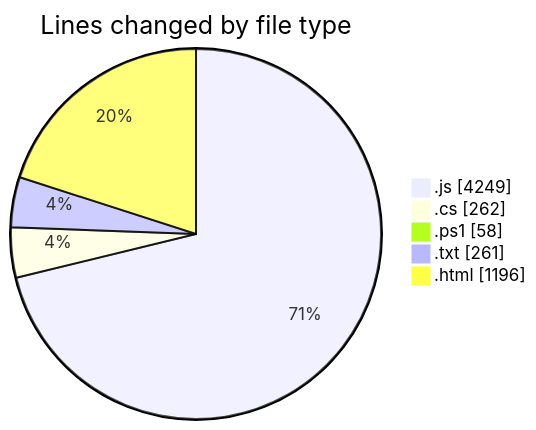
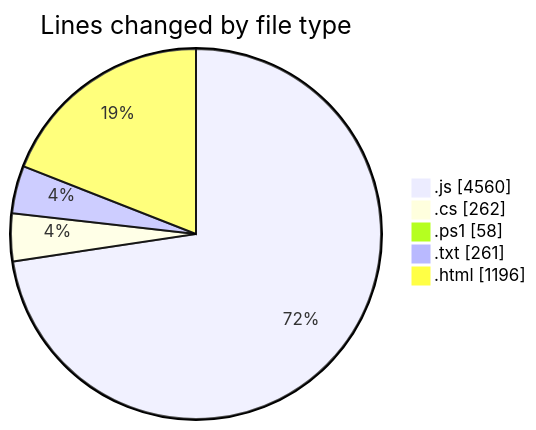
The first of 2 diagrams in 2026-02-17/bot_v1_2/README.md (becaeroporto-bot/code-tracking), drawn with Mermaid before and after one commit. The commit also changed other lines of this file and 1 other file, not shown here.

````diff
--- a/2026-02-17/bot_v1_2/README.md
+++ b/2026-02-17/bot_v1_2/README.md
@@ -33,9 +35,9 @@
 ```mermaid
 pie showData
 title Lines changed by file type
-".js" : 4249
+".js" : 4560
 ".cs" : 262
 ".ps1" : 58
 ".txt" : 261
 ".html" : 1196
 ```
````
